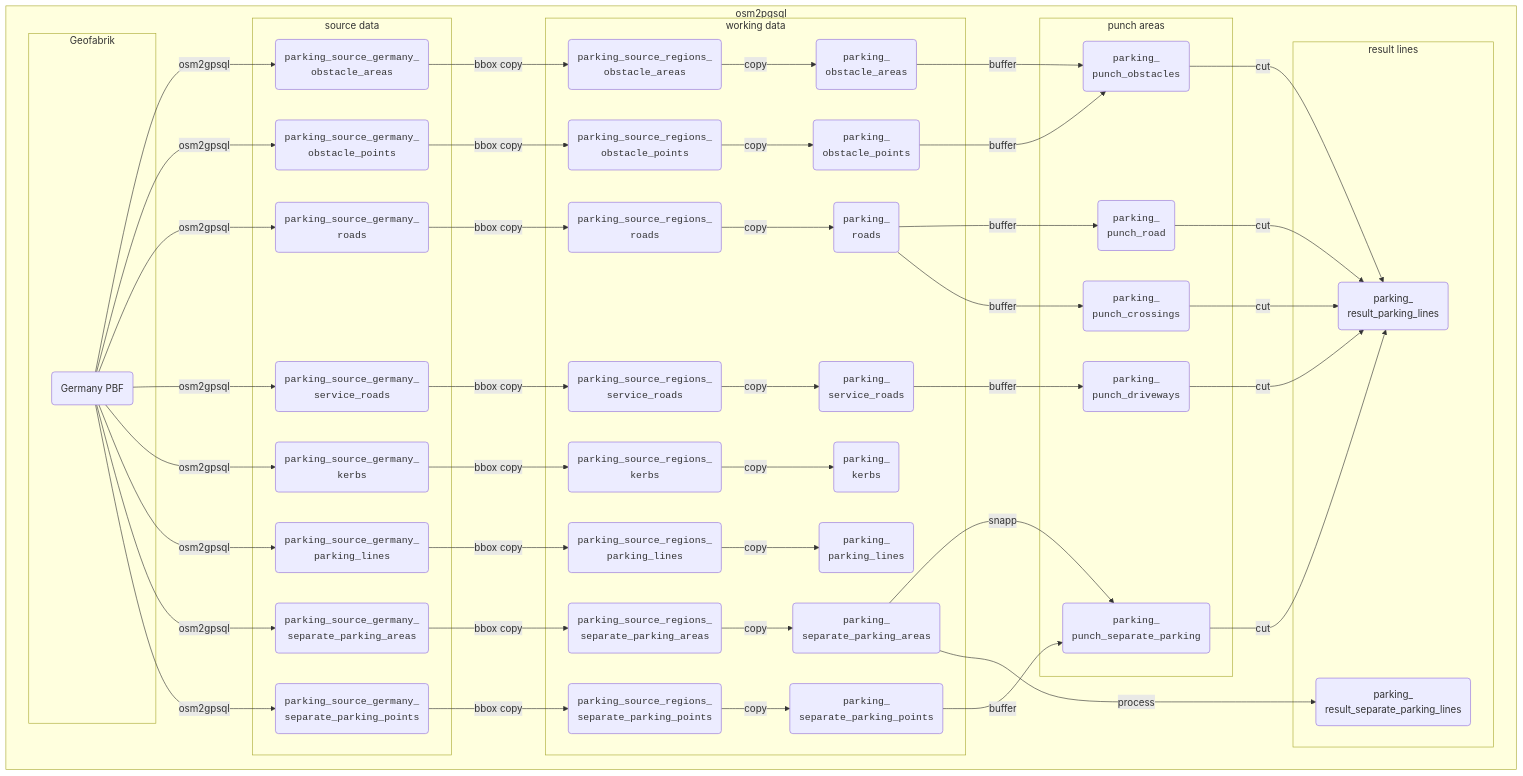
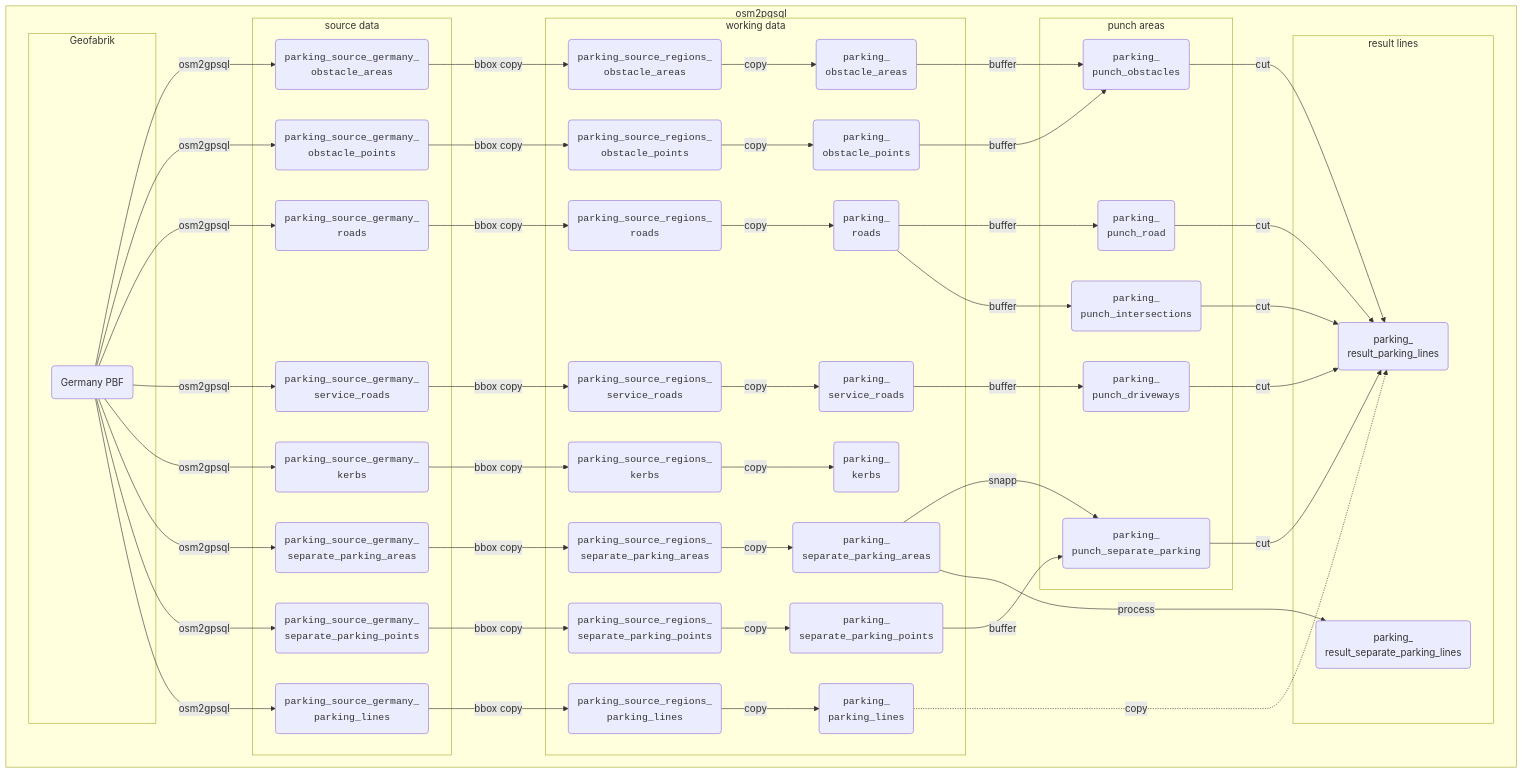
One commit to FixMyBerlin/atlas-app changed the diagram in processing/topics/parking/TABLES.md. Above: the diagram before and after it, drawn with Mermaid.

Commit message:
Parking: Update chart

````diff
--- a/processing/topics/parking/TABLES.md
+++ b/processing/topics/parking/TABLES.md
@@ -5,66 +5,66 @@
 ```mermaid
 %%{init: {"flowchart": {"htmlLabels": true}} }%%
 flowchart TB
     subgraph sql ["osm2pgsql"]
         subgraph osm ["Geofabrik"]
             nn("Germany PBF")
         end
         subgraph sg_table ["source data"]
             nn -->|"osm2gpsql"| SGOA("<code>parking_source_germany_<br>obstacle_areas</code>")
             nn -->|"osm2gpsql"| SGOP("<code>parking_source_germany_<br>obstacle_points</code>")
             nn -->|"osm2gpsql"| SGR("<code>parking_source_germany_<br>roads</code>")
             nn -->|"osm2gpsql"| SGSR("<code>parking_source_germany_<br>service_roads</code>")
             nn -->|"osm2gpsql"| SGK("<code>parking_source_germany_<br>kerbs</code>")
+            nn  -->|"osm2gpsql"| SGSPA("<code>parking_source_germany_<br>separate_parking_areas</code>")
+            nn  -->|"osm2gpsql"| SGSPP("<code>parking_source_germany_<br>separate_parking_points</code>")
             nn -->|"osm2gpsql"| SGPL("<code>parking_source_germany_<br>parking_lines</code>")
             %% We copy all roads and add the attribute parking=yes, parking=missing.
             %% We handle dual carridgeway as parking=not_expected
             %% We copy service_roads only on those cases where there is explicit parking as parking=yes
             %% We add highway=\* so we can see the service roads.
             %% DELETE: SGPL1:::labelStyle@{label: "fa:fa-tag roads with parking"} -.- SGPL
             %% DELETE: SGPL2:::labelStyle@{label: "fa:fa-tag service roads with parking"} -.- SGPL
-
-            nn  -->|"osm2gpsql"| SGSPA("<code>parking_source_germany_<br>separate_parking_areas</code>")
-            nn  -->|"osm2gpsql"| SGSPP("<code>parking_source_germany_<br>separate_parking_points</code>")
         end
     end
     subgraph sql ["SQL"]
         subgraph init_step ["working data"]
             SGOA -->|"bbox copy"| SROA("<code>parking_source_regions_<br>obstacle_areas</code>")
             SGOP -->|"bbox copy"| SROP("<code>parking_source_regions_<br>obstacle_points</code>")
             SGR -->|"bbox copy"| SRR("<code>parking_source_regions_<br>roads</code>")
             SGSR  -->|"bbox copy"| SRSR("<code>parking_source_regions_<br>service_roads</code>")
             SGK  -->|"bbox copy"| SRK("<code>parking_source_regions_<br>kerbs</code>")
             SGPL  -->|"bbox copy"| SRPL("<code>parking_source_regions_<br>parking_lines</code>")
             SGSPA  -->|"bbox copy"| SRSPA("<code>parking_source_regions_<br>separate_parking_areas</code>")
             SGSPP  -->|"bbox copy"| SRSPP("<code>parking_source_regions_<br>separate_parking_points</code>")
 
             SROA -->|"copy"| OA("<code>parking_<br>obstacle_areas</code>")
             SROP -->|"copy"| OP("<code>parking_<br>obstacle_points</code>")
             SRR -->|"copy"| R("<code>parking_<br>roads</code>")
             SRSR  -->|"copy"| SR("<code>parking_<br>service_roads</code>")
             SRK  -->|"copy"| K("<code>parking_<br>kerbs</code>")
             SRPL  -->|"copy"| PL("<code>parking_<br>parking_lines</code>")
             SRSPA  -->|"copy"| PA("<code>parking_<br>separate_parking_areas</code>")
             SRSPP  -->|"copy"| PP("<code>parking_<br>separate_parking_points</code>")
         end
         subgraph punch ["punch areas"]
             OA -->|"buffer"| PAO("<code>parking_<br>punch_obstacles</code>")
             OP -->|"buffer"| PAO
             R -->|"buffer"| PARA("<code>parking_<br>punch_road</code>")
             SR  -->|"buffer"| PAD("<code>parking_<br>punch_driveways</code>")
-            R -->|"buffer"| PAC("<code>parking_<br>punch_crossings</code>")
+            R -->|"buffer"| PAC("<code>parking_<br>punch_intersections</code>")
             PA  -->|"snapp"| PSP("<code>parking_<br>punch_separate_parking</code>")
             PP  -->|"buffer"| PSP
         end
         subgraph result ["result lines"]
+            PL -.->|"copy"| RPL
             PA -->|"process"| RSPL("parking_<br>result_separate_parking_lines")
             PARA -->|"cut"| RPL("parking_<br>result_parking_lines")
             PAO -->|"cut"| RPL
             PAD -->|"cut"| RPL
             PAC -->|"cut"| RPL
             PSP -->|"cut"| RPL
         end
     end
 
 classDef labelStyle fill:lightgray,stroke:white,stroke-width:1px;
 ```
````
